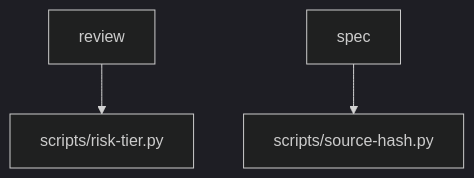
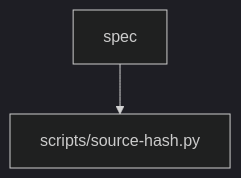
One commit to alecegg/varde changed the third of 4 diagrams in skills/varde-docs/FLOW.md. Above: the diagram before and after it, drawn with Mermaid (dark theme). The commit also changed other lines of this file and 1293 other files, not shown here.

````diff
--- a/skills/varde-docs/FLOW.md
+++ b/skills/varde-docs/FLOW.md
@@ -58,9 +38,6 @@
 ```mermaid
 flowchart TD
-  n0["scripts/risk-tier.py"]
-  n1["scripts/source-hash.py"]
-  n2["review"]
-  n3["spec"]
-  n2 --> n0
-  n3 --> n1
+  n0["scripts/source-hash.py"]
+  n1["spec"]
+  n1 --> n0
 ```
````
